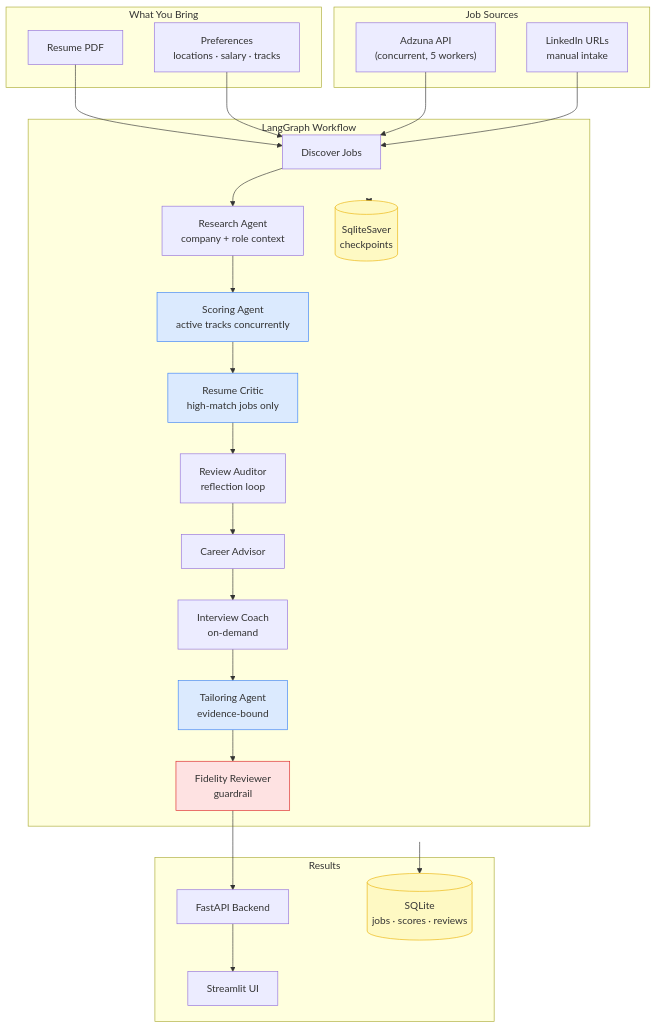
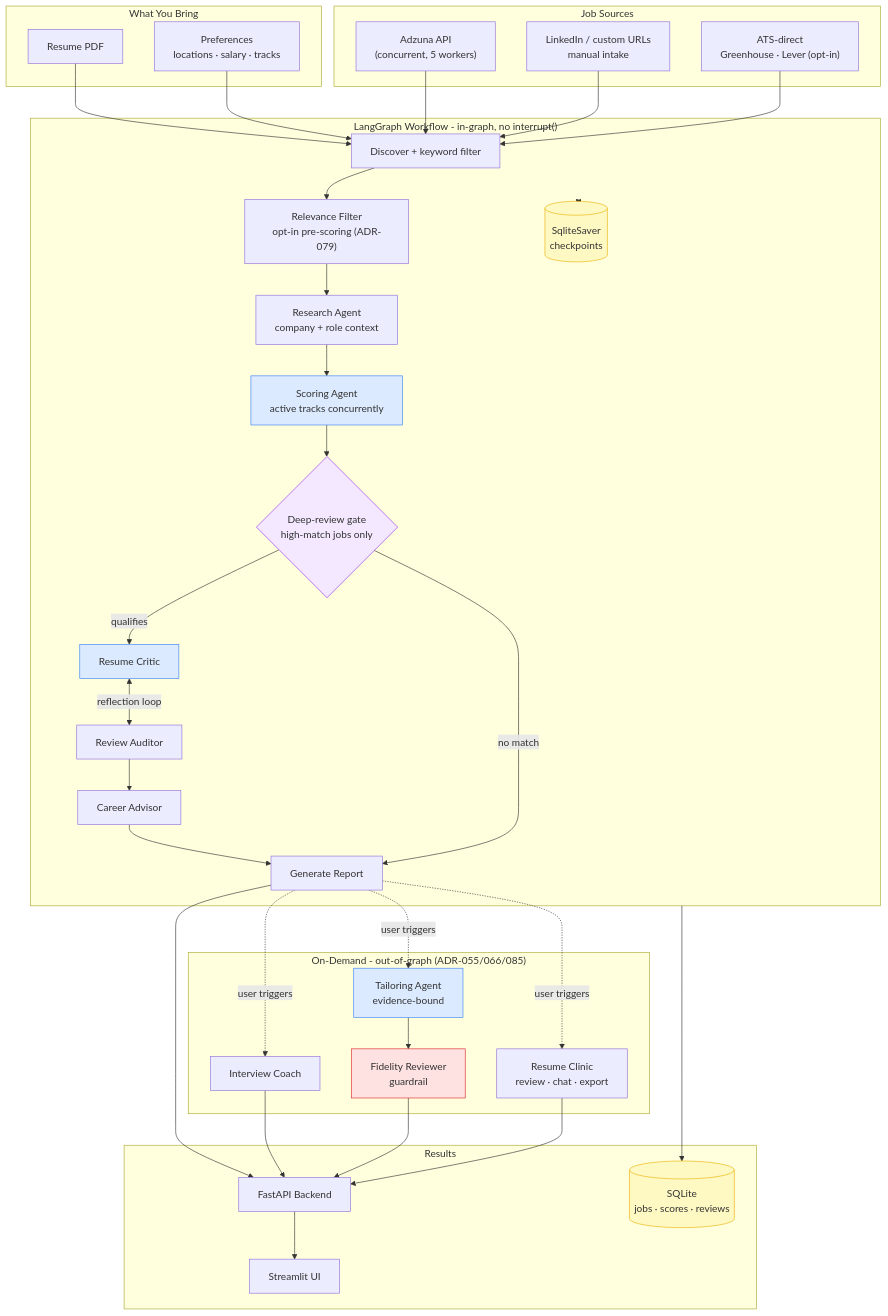
The diagram in README.md (suthrams/jobsearchagent-v2), drawn with Mermaid before and after one commit.

Commit message:
docs(readme): correct architecture diagram to match real flow
The README mermaid diagram drew Interview Coach, Tailoring, and Fidelity
Reviewer as in-graph linear steps, contradicting the prose right below it
and the actual out-of-graph design (ADR-055/085). Corrections:

- Split out-of-graph on-demand ops (Coach, Tailoring+Fidelity, Resume
  Clinic) into their own subgraph, reached via "user triggers" edges from
  Generate Report
- Draw Critic <-> Auditor as a bidirectional reflection loop
- Add deep-review gate node so critic/auditor clearly run on high-match
  jobs only; "no match" branch skips to the report
- Terminate the in-graph flow at Generate Report (the real terminal node)
- Add now-real elements: ATS-direct sources (Greenhouse/Lever, ADR-081),
  opt-in Relevance Filter (ADR-079), Resume Clinic

Doc-only; canonical docs/architecture diagrams were already current.

````diff
--- a/README.md
+++ b/README.md
@@ -23,48 +23,69 @@
 ```mermaid
 flowchart TD
     subgraph YOU["What You Bring"]
         R["Resume PDF"]
         PREFS["Preferences\nlocations · salary · tracks"]
     end
 
     subgraph SOURCES["Job Sources"]
         AZ["Adzuna API\n(concurrent, 5 workers)"]
-        LI["LinkedIn URLs\nmanual intake"]
+        LI["LinkedIn / custom URLs\nmanual intake"]
+        ATS["ATS-direct\nGreenhouse · Lever (opt-in)"]
     end
 
-    subgraph WORKFLOW["LangGraph Workflow"]
-        DISC["Discover Jobs"]
+    subgraph WORKFLOW["LangGraph Workflow - in-graph, no interrupt()"]
+        DISC["Discover + keyword filter"]
+        REL["Relevance Filter\nopt-in pre-scoring (ADR-079)"]
         RES["Research Agent\ncompany + role context"]
         SCORE["Scoring Agent\nactive tracks concurrently"]
-        CRITIC["Resume Critic\nhigh-match jobs only"]
-        AUDIT["Review Auditor\nreflection loop"]
+        GATE{"Deep-review gate\nhigh-match jobs only"}
+        CRITIC["Resume Critic"]
+        AUDIT["Review Auditor"]
         ADVISOR["Career Advisor"]
-        COACH["Interview Coach\non-demand"]
+        REPORT["Generate Report"]
+        CP[("SqliteSaver\ncheckpoints")]
+    end
+
+    subgraph ONDEMAND["On-Demand - out-of-graph (ADR-055/066/085)"]
+        COACH["Interview Coach"]
         TAILOR["Tailoring Agent\nevidence-bound"]
         FIDELITY["Fidelity Reviewer\nguardrail"]
-        CP[("SqliteSaver\ncheckpoints")]
+        CLINIC["Resume Clinic\nreview · chat · export"]
     end
 
     subgraph OUTPUTS["Results"]
         API["FastAPI Backend"]
         UI["Streamlit UI"]
         DB[("SQLite\njobs · scores · reviews")]
     end
 
     R --> DISC
     PREFS --> DISC
     AZ --> DISC
     LI --> DISC
-    DISC --> RES --> SCORE --> CRITIC --> AUDIT --> ADVISOR --> COACH
-    COACH --> TAILOR --> FIDELITY
+    ATS --> DISC
+    DISC --> REL --> RES --> SCORE --> GATE
+    GATE -->|qualifies| CRITIC
+    CRITIC <-->|reflection loop| AUDIT
+    AUDIT --> ADVISOR --> REPORT
+    GATE -->|no match| REPORT
     WORKFLOW <--> CP
-    FIDELITY --> API --> UI
+    REPORT --> API --> UI
     WORKFLOW --> DB
+
+    REPORT -.user triggers.-> COACH
+    REPORT -.user triggers.-> TAILOR
+    REPORT -.user triggers.-> CLINIC
+    TAILOR --> FIDELITY
+    COACH --> API
+    FIDELITY --> API
+    CLINIC --> API
 
     style SCORE fill:#dbeafe,stroke:#3b82f6
     style TAILOR fill:#dbeafe,stroke:#3b82f6
     style CRITIC fill:#dbeafe,stroke:#3b82f6
     style FIDELITY fill:#fee2e2,stroke:#dc2626
+    style GATE fill:#f3e8ff,stroke:#9333ea
     style CP fill:#fef9c3,stroke:#eab308
     style DB fill:#fef9c3,stroke:#eab308
 ```
````
